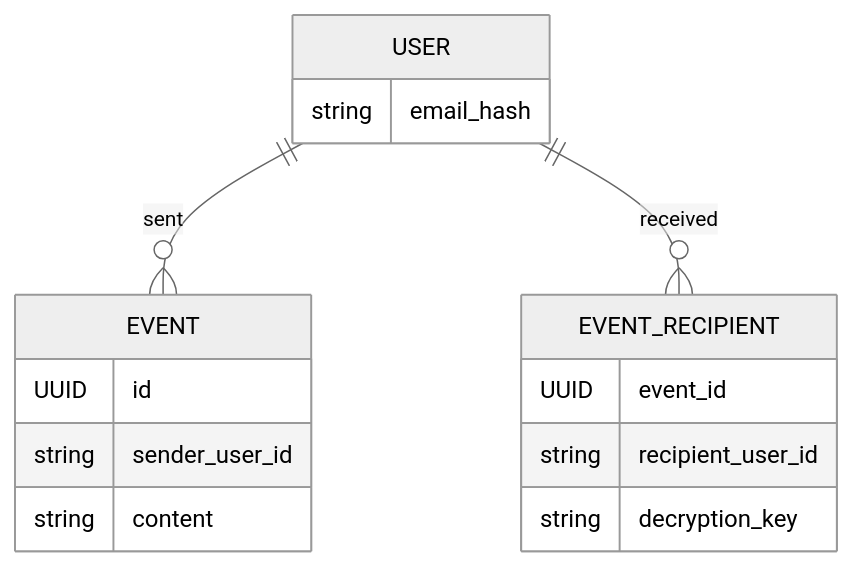
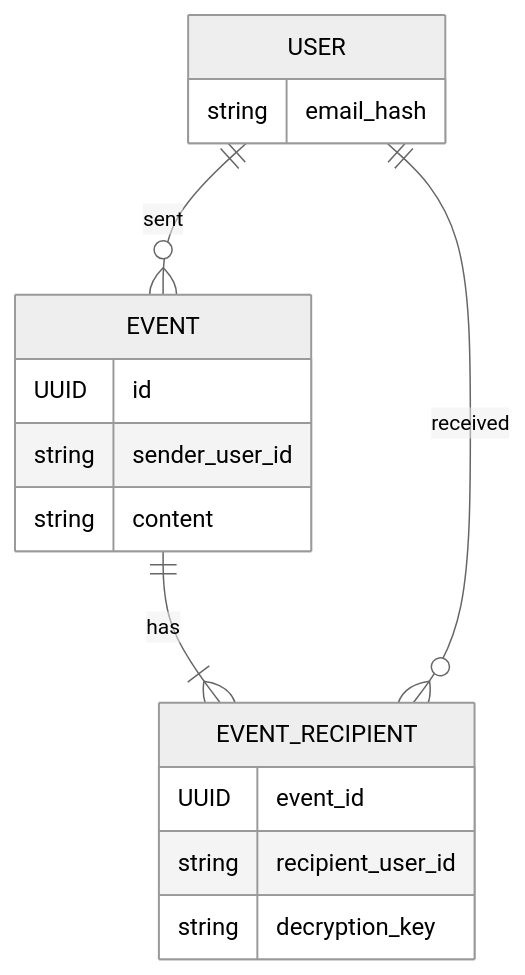
One commit to extreme-business/lingo changed the first of 3 diagrams in README.md. Above: the diagram before and after it, drawn with Mermaid (neutral theme). The commit also changed other lines of this file, not shown here.

````diff
--- a/README.md
+++ b/README.md
@@ -18,18 +18,19 @@
 ```mermaid
 erDiagram
     EVENT {
         UUID id
         string sender_user_id
         string content
     }
     EVENT_RECIPIENT {
         UUID event_id
         string recipient_user_id
         string decryption_key
     }
     USER {
         string email_hash
     }
     USER ||--o{ EVENT : sent
+    EVENT ||--|{ EVENT_RECIPIENT : has
     USER ||--o{ EVENT_RECIPIENT : received
 ```
````
